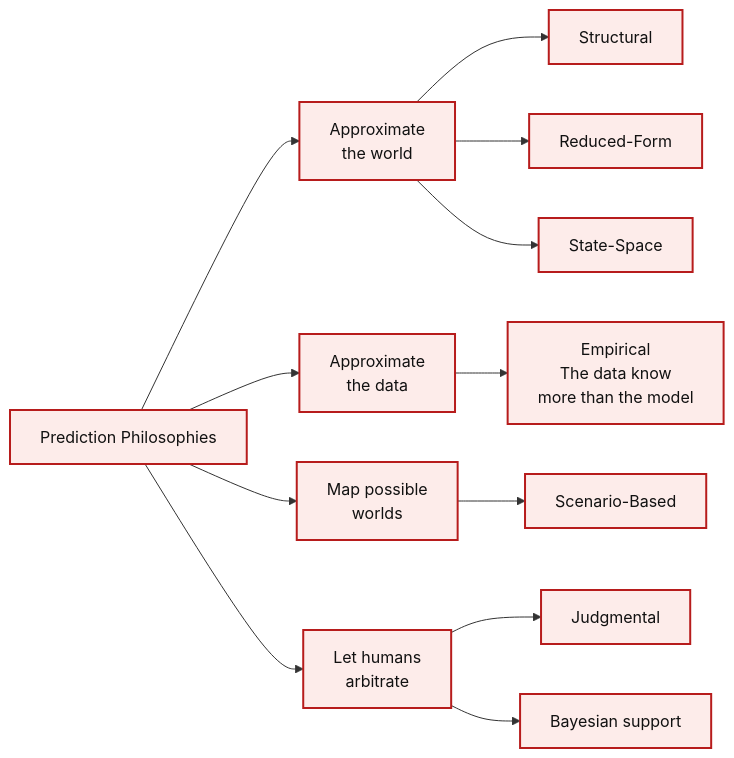
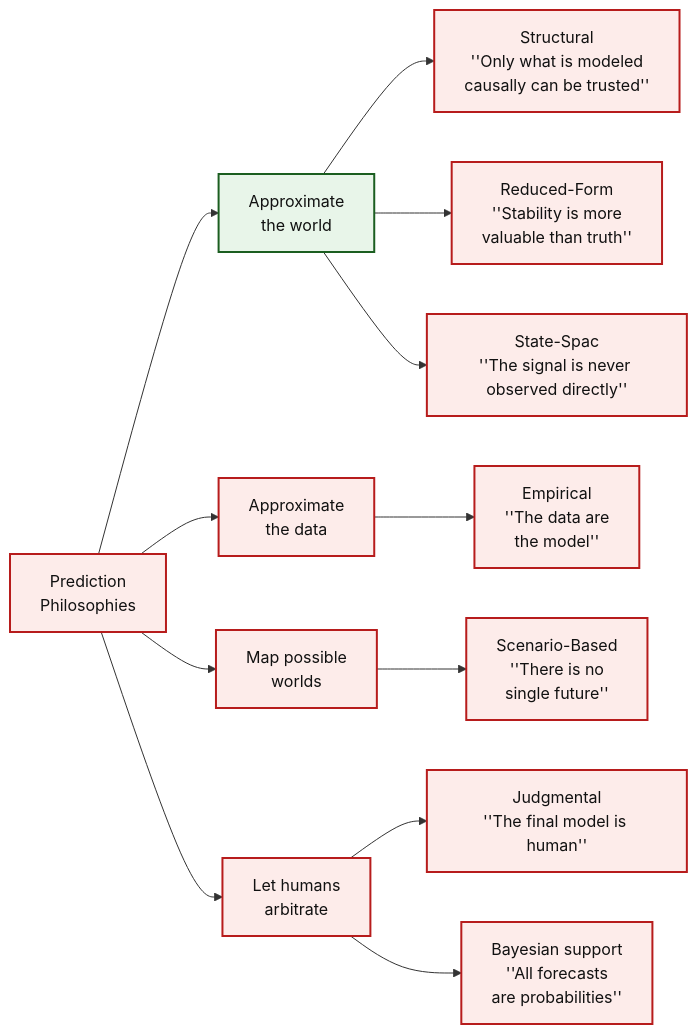
One commit to Tellusant/docs changed the diagram in articles-posts/predictive-model-evaluation-framework.md. Above: the diagram before and after it, drawn with Mermaid.

```diff
--- a/articles-posts/predictive-model-evaluation-framework.md
+++ b/articles-posts/predictive-model-evaluation-framework.md
@@ -26,42 +26,42 @@
 <div class="mermaid">
 
 flowchart LR
 
 %% ========= NODES =========
-P["Prediction Philosophies"]:::risk
+P["Prediction<br/>Philosophies"]:::risk
 
-AW["Approximate<br/>the world"]:::risk
+AW["Approximate<br/>the world"]:::strong
 AD["Approximate<br/>the data"]:::risk
 PW["Map possible<br/>worlds"]:::risk
 HA["Let humans<br/>arbitrate"]:::risk
 
-EMP["Empirical<br/>The data know<br/>more than the model"]:::risk
-STR["Structural"]:::risk
-RED["Reduced-Form"]:::risk
-STA["State-Space"]:::risk
-SCE["Scenario-Based"]:::risk
-JUD["Judgmental"]:::risk
-BAY["Bayesian support"]:::risk
+EMP["Empirical<br/>''The data are<br/>the model''"]:::risk
+STR["Structural<br/>''Only what is modeled<br/>causally can be trusted''"]:::risk
+RED["Reduced-Form<br/>''Stability is more<br/>valuable than truth''"]:::risk
+STA["State-Spac<br/>''The signal is never observed directly''"]:::risk
+SCE["Scenario-Based<br/>''There is no<br/>single future''"]:::risk
+JUD["Judgmental<br/>''The final model is human''"]:::risk
+BAY["Bayesian support<br/>''All forecasts<br/>are probabilities''"]:::risk
 
 %% ========= RELATIONSHIPS =========
 P --> AW
 P --> AD
 P --> PW
 P --> HA
 AW --> STR
 AW --> RED
 AW --> STA
 AD --> EMP
 PW --> SCE
 HA --> JUD
 HA --> BAY
 
 %% ========= STYLES =========
 classDef strong  fill:#E8F5E9,stroke:#1B5E20,stroke-width:2px,color:#111;
 classDef neutral fill:#E3F2FD,stroke:#0D47A1,stroke-width:2px,color:#111;
 classDef mixed   fill:#FFF8E1,stroke:#FF6F00,stroke-width:2px,color:#111;
 classDef risk    fill:#FDECEA,stroke:#B71C1C,stroke-width:2px,color:#111;
 classDef summary fill:#F5F5F5,stroke:#424242,stroke-width:2px,color:#111;
 classDef anchor fill:transparent,stroke:transparent;
 
 </div>
```
